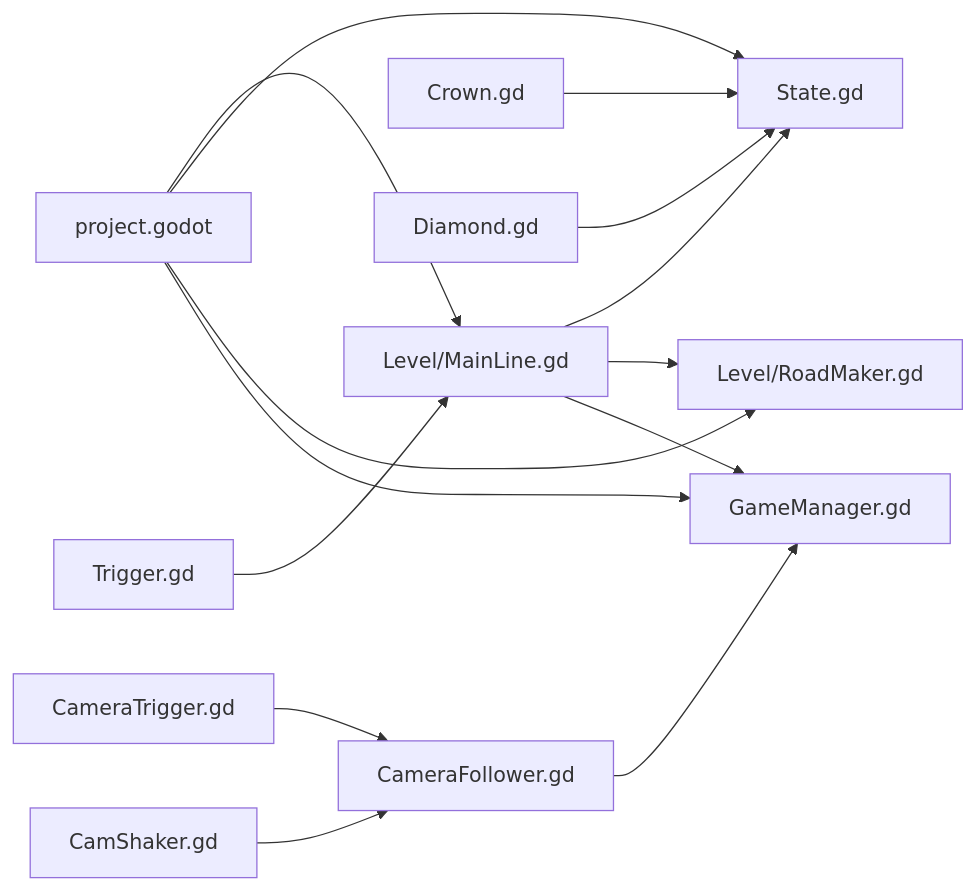
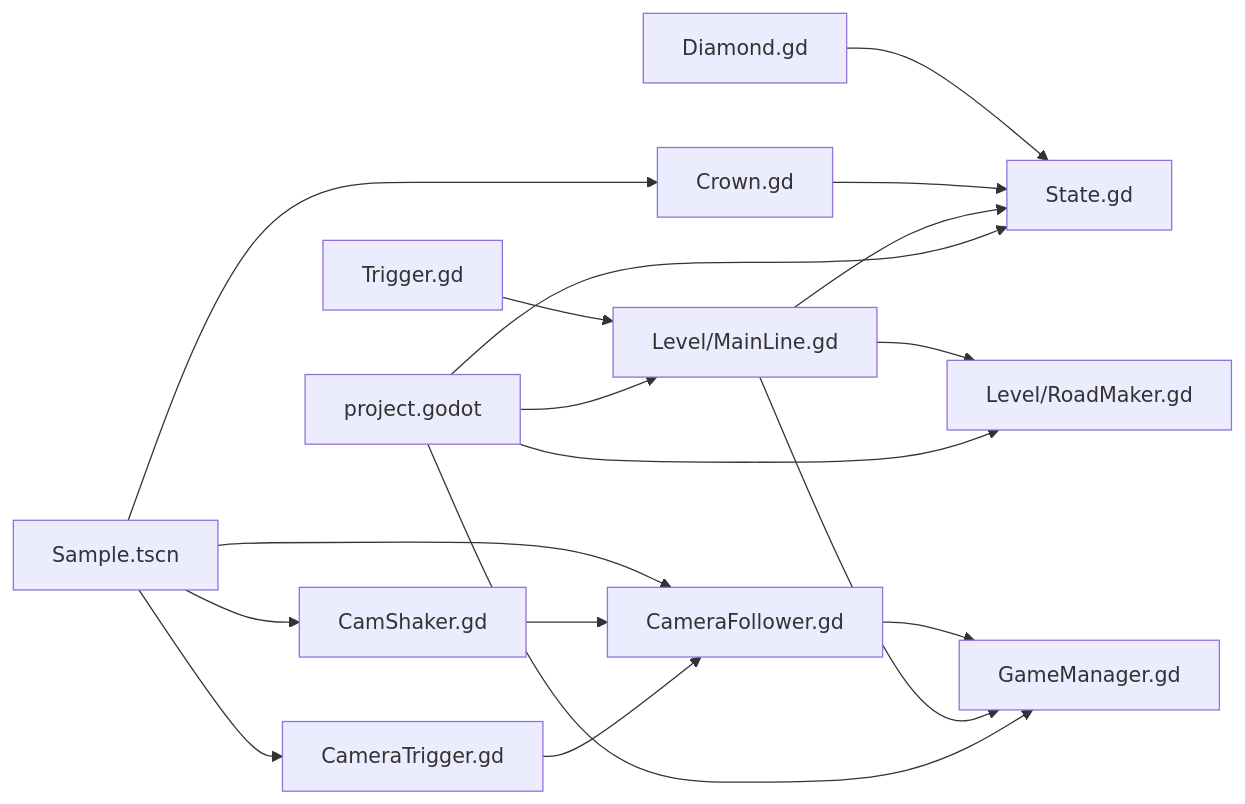
One commit to godotline/godot-line changed diagram 15 of 15 in .qoder/repowiki/zh/content/模板系统/示例场景.md. Above: the diagram before and after it, drawn with Mermaid. The commit also changed other lines of this file and 13 other files, not shown here.

````diff
--- a/.qoder/repowiki/zh/content/模板系统/示例场景.md
+++ b/.qoder/repowiki/zh/content/模板系统/示例场景.md
@@ -511,16 +609,20 @@
 ```mermaid
 graph LR
 PG["project.godot"] --> ML["Level/MainLine.gd"]
 PG --> ST["State.gd"]
 PG --> RM["Level/RoadMaker.gd"]
 PG --> GM["GameManager.gd"]
 ML --> ST
 ML --> RM
 ML --> GM
 CR["Crown.gd"] --> ST
 DM["Diamond.gd"] --> ST
 TR["Trigger.gd"] --> ML
 CF["CameraFollower.gd"] --> GM
 CT["CameraTrigger.gd"] --> CF
 CS["CamShaker.gd"] --> CF
+SC["Sample.tscn"] --> CR
+SC --> CF
+SC --> CT
+SC --> CS
 ```
````
